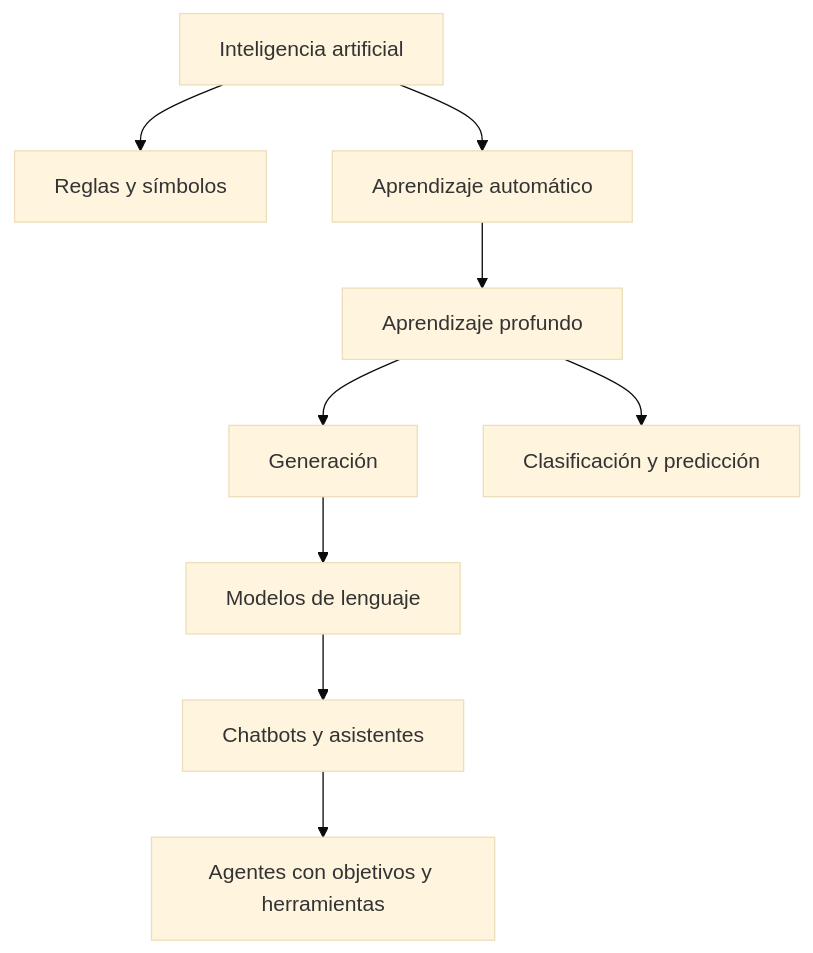
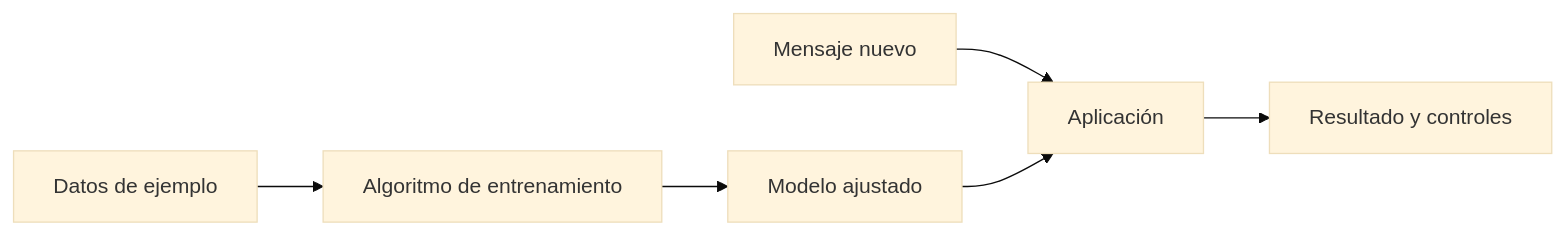
One commit to jesusmanueldl/como-funciona-la-ia changed the first of 2 diagrams in docs/01-que-es-ia.md. Above: the diagram before and after it, drawn with Mermaid (base theme). The commit also changed other lines of this file and 30 other files, not shown here.

````diff
--- a/docs/01-que-es-ia.md
+++ b/docs/01-que-es-ia.md
@@ -11,12 +58,8 @@
 ```mermaid
-flowchart TD
-  IA[Inteligencia artificial]
-  IA --> Simbolica[Reglas y símbolos]
-  IA --> ML[Aprendizaje automático]
-  ML --> DL[Aprendizaje profundo]
-  DL --> Generativa[Generación]
-  DL --> Discriminativa[Clasificación y predicción]
-  Generativa --> Lenguaje[Modelos de lenguaje]
-  Lenguaje --> Aplicacion[Chatbots y asistentes]
-  Aplicacion --> Agente[Agentes con objetivos y herramientas]
+flowchart LR
+  D[Datos de ejemplo] --> E[Algoritmo de entrenamiento]
+  E --> M[Modelo ajustado]
+  U[Mensaje nuevo] --> A[Aplicación]
+  M --> A
+  A --> R[Resultado y controles]
 ```
````
